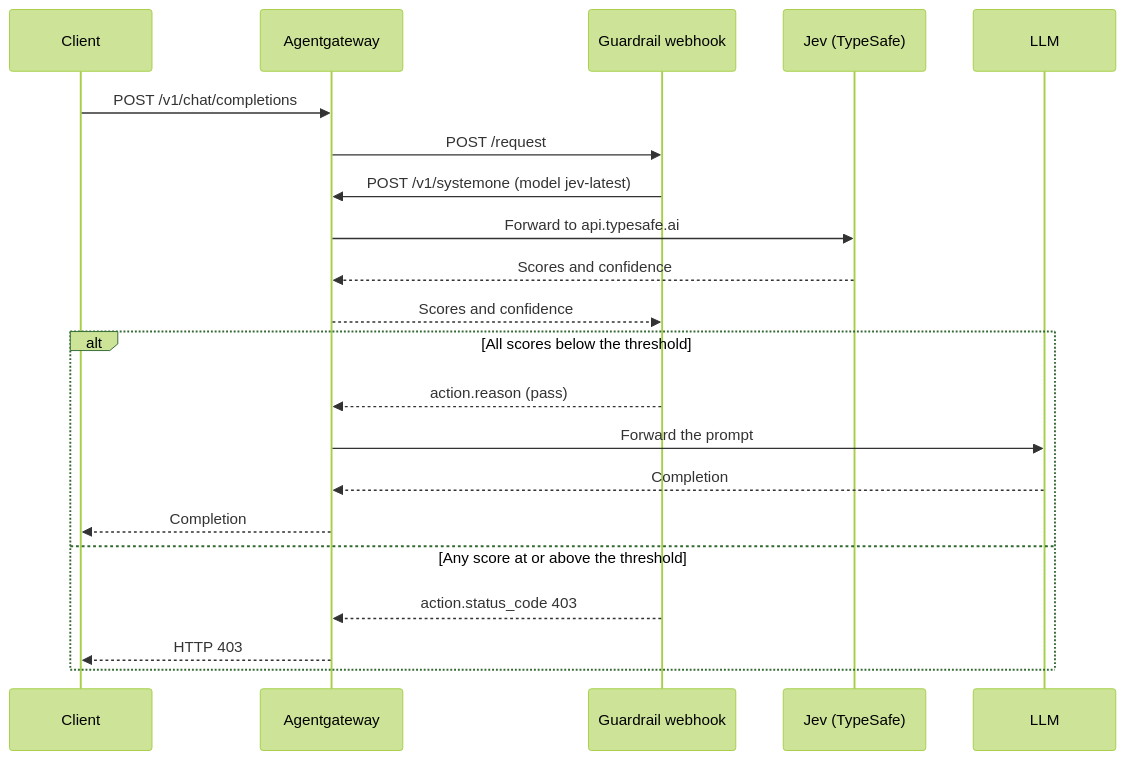
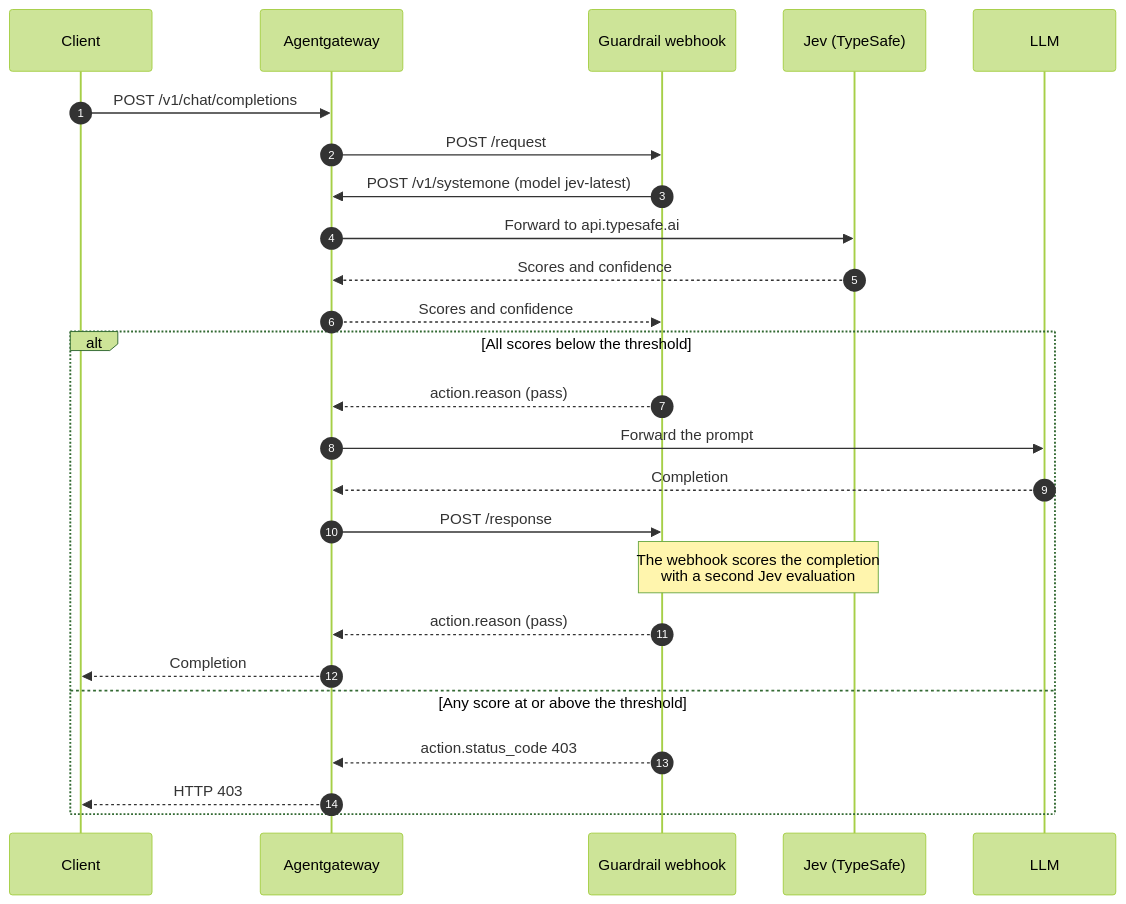
Before and after one commit to agentgateway/website: the diagram in content/docs/standalone/main/integrations/llm/guardrails/jev.md, drawn with Mermaid (forest theme). The commit also changed other lines of this file and 7 other files, not shown here.

````diff
--- a/content/docs/standalone/main/integrations/llm/guardrails/jev.md
+++ b/content/docs/standalone/main/integrations/llm/guardrails/jev.md
@@ -28,24 +28,28 @@
 ```mermaid
 sequenceDiagram
+    autonumber
     participant Client
     participant Gateway as Agentgateway
     participant Webhook as Guardrail webhook
     participant Jev as Jev (TypeSafe)
     participant LLM
 
     Client->>Gateway: POST /v1/chat/completions
     Gateway->>Webhook: POST /request
     Webhook->>Gateway: POST /v1/systemone (model jev-latest)
     Gateway->>Jev: Forward to api.typesafe.ai
     Jev-->>Gateway: Scores and confidence
     Gateway-->>Webhook: Scores and confidence
     alt All scores below the threshold
         Webhook-->>Gateway: action.reason (pass)
         Gateway->>LLM: Forward the prompt
         LLM-->>Gateway: Completion
+        Gateway->>Webhook: POST /response
+        Note over Webhook,Jev: The webhook scores the completion<br/>with a second Jev evaluation
+        Webhook-->>Gateway: action.reason (pass)
         Gateway-->>Client: Completion
     else Any score at or above the threshold
         Webhook-->>Gateway: action.status_code 403
         Gateway-->>Client: HTTP 403
     end
 ```
````
